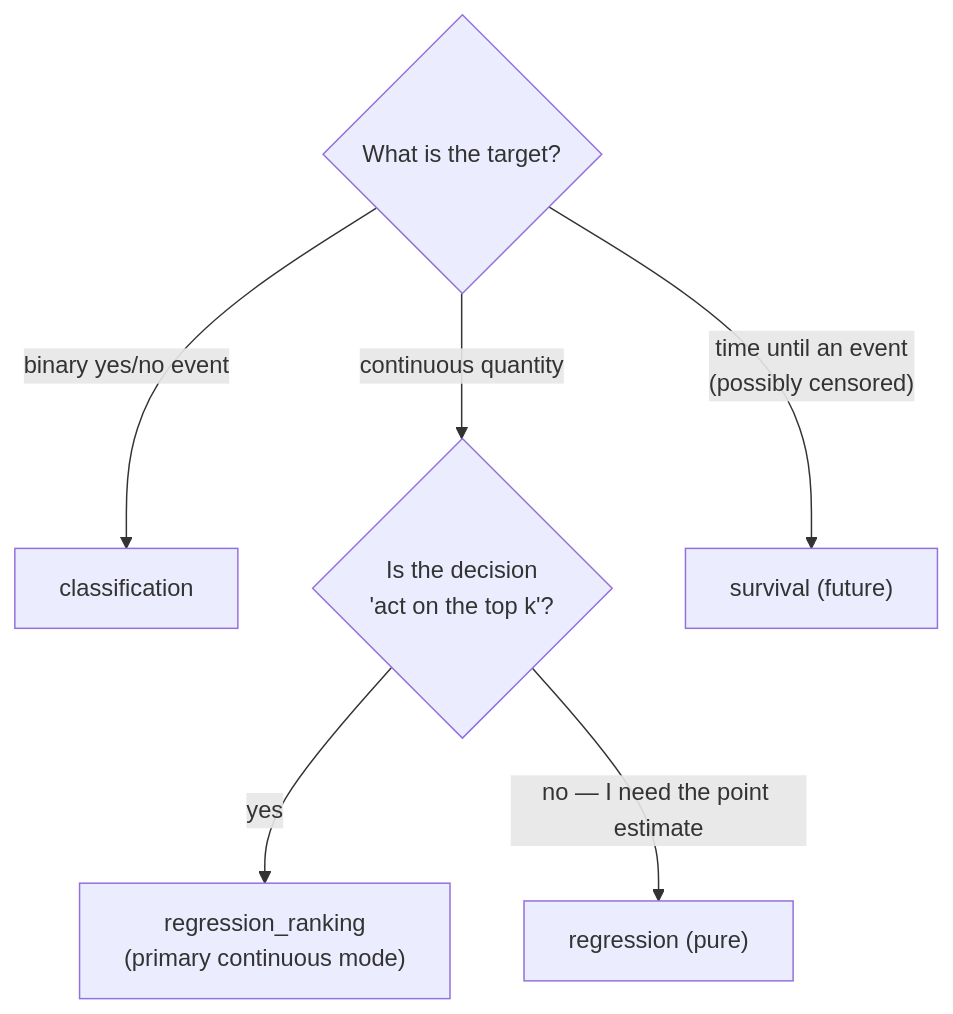
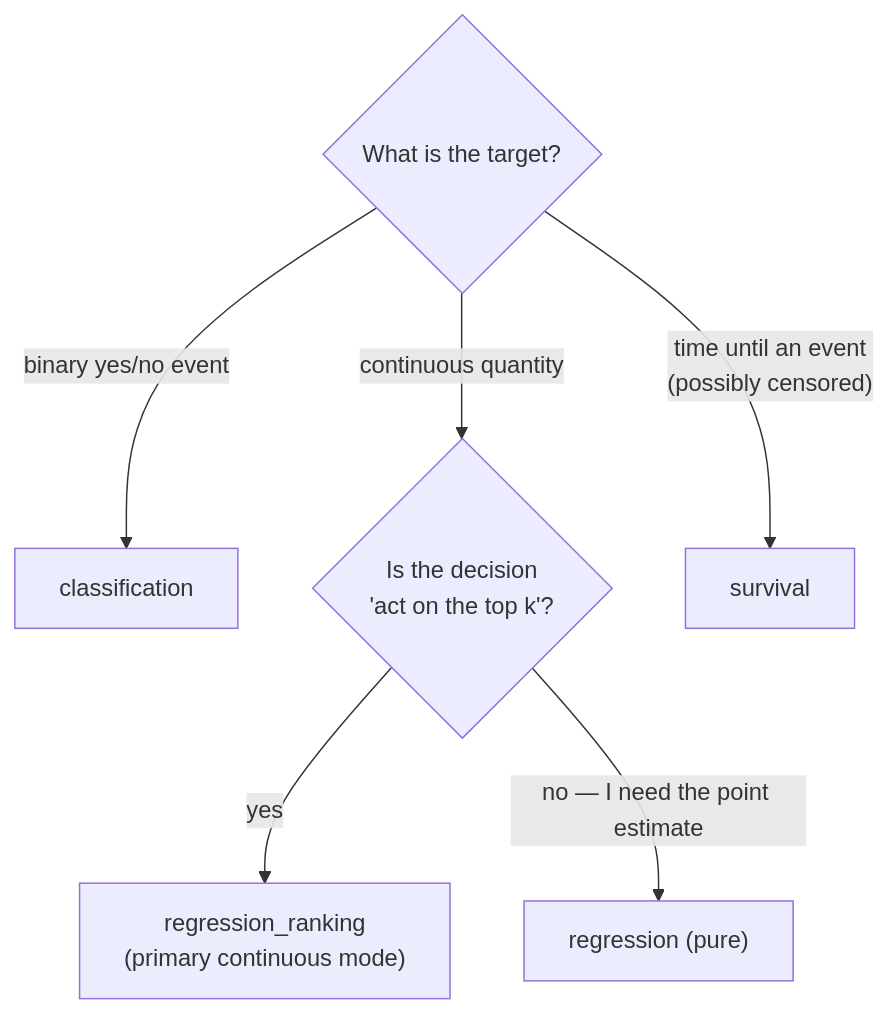
Before and after one commit to ccd-ia/triage-pg: the second of 2 diagrams in docs/problem-types.md, drawn with Mermaid. The commit also changed other lines of this file and 84 other files, not shown here.

````diff
--- a/docs/problem-types.md
+++ b/docs/problem-types.md
@@ -96,9 +109,9 @@
 ```mermaid
 flowchart TD
   Q{"What is the target?"}
   Q -->|"binary yes/no event"| C["classification"]
   Q -->|"continuous quantity"| Q2{"Is the decision<br/>'act on the top k'?"}
-  Q -->|"time until an event<br/>(possibly censored)"| SV["survival (future)"]
+  Q -->|"time until an event<br/>(possibly censored)"| SV["survival"]
   Q2 -->|yes| RR["regression_ranking<br/>(primary continuous mode)"]
   Q2 -->|"no — I need the point estimate"| RG["regression (pure)"]
 ```
````
